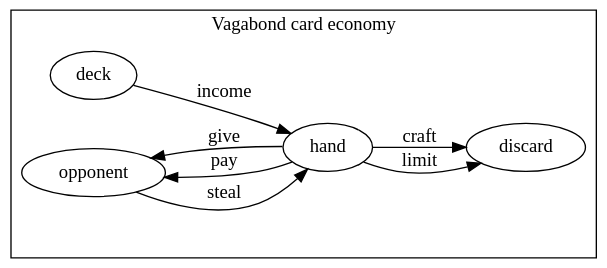
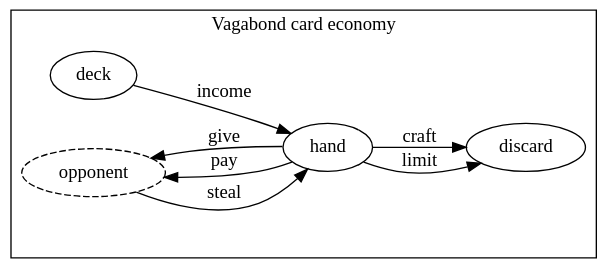
The diagram in diagrams/vagabond-cards.dot (krawaller/root), drawn with Graphviz before and after one commit. The commit also changed 1 other file, not shown here.

```diff
--- a/diagrams/vagabond-cards.dot
+++ b/diagrams/vagabond-cards.dot
@@ -1,21 +1,23 @@
 digraph {
   rankdir = LR;
   bgcolor = transparent;
 
   subgraph cluster_vagabondcards {
 
     label = "Vagabond card economy"
 
 
     deck -> hand [label="income"]
     hand -> discard [label="limit"]
 
     hand -> discard [label="craft"]
 
+    opponent [style=dashed]
+
     hand -> opponent [label="pay"]
     hand -> opponent [label="give"]
     opponent -> hand [label="steal"]
 
     {rank=same; deck, opponent}
   }
 }
```
